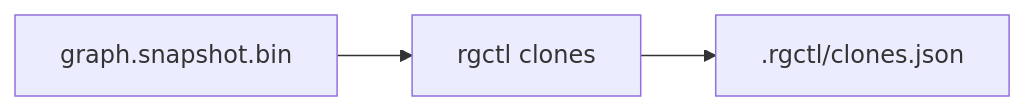
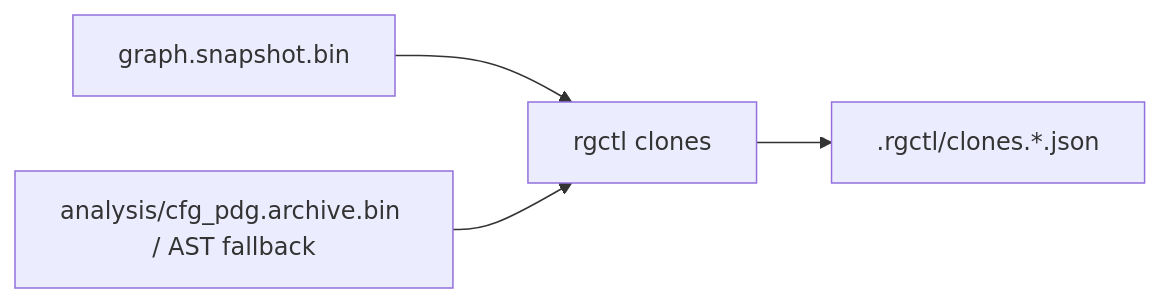
Before and after one commit to l3acon/rgctl: the diagram in docs/design/clone-detection-design.md, drawn with Mermaid. The commit also changed other lines of this file and 20 other files, not shown here.

````diff
--- a/docs/design/clone-detection-design.md
+++ b/docs/design/clone-detection-design.md
@@ -26,8 +28,10 @@
 ```mermaid
 flowchart LR
   SNAP[graph.snapshot.bin]
   CLI["rgctl clones"]
-  SIDE[.rgctl/clones.json]
+  CFG["analysis/cfg_pdg.archive.bin / AST fallback"]
+  SIDE[.rgctl/clones.*.json]
   SNAP --> CLI
+  CFG --> CLI
   CLI --> SIDE
 ```
````
